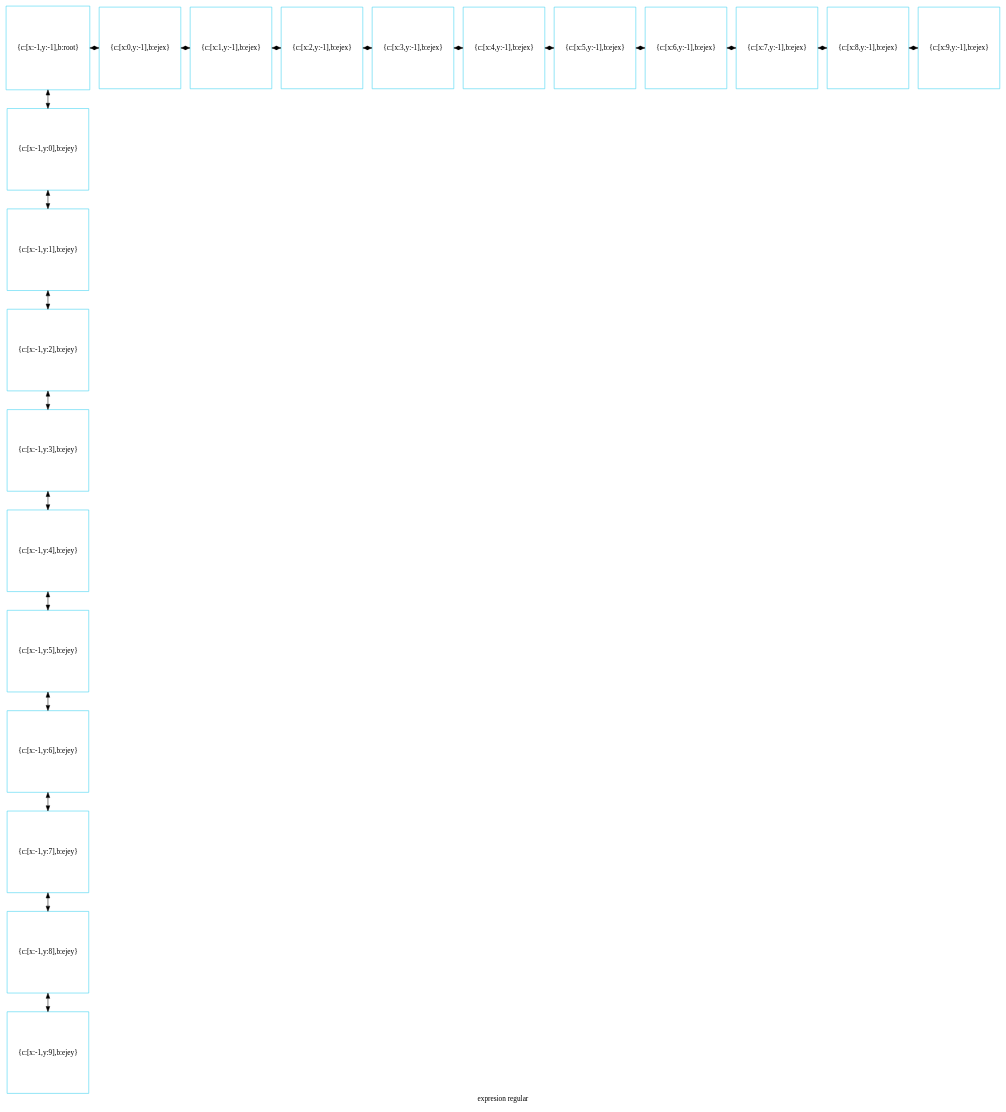
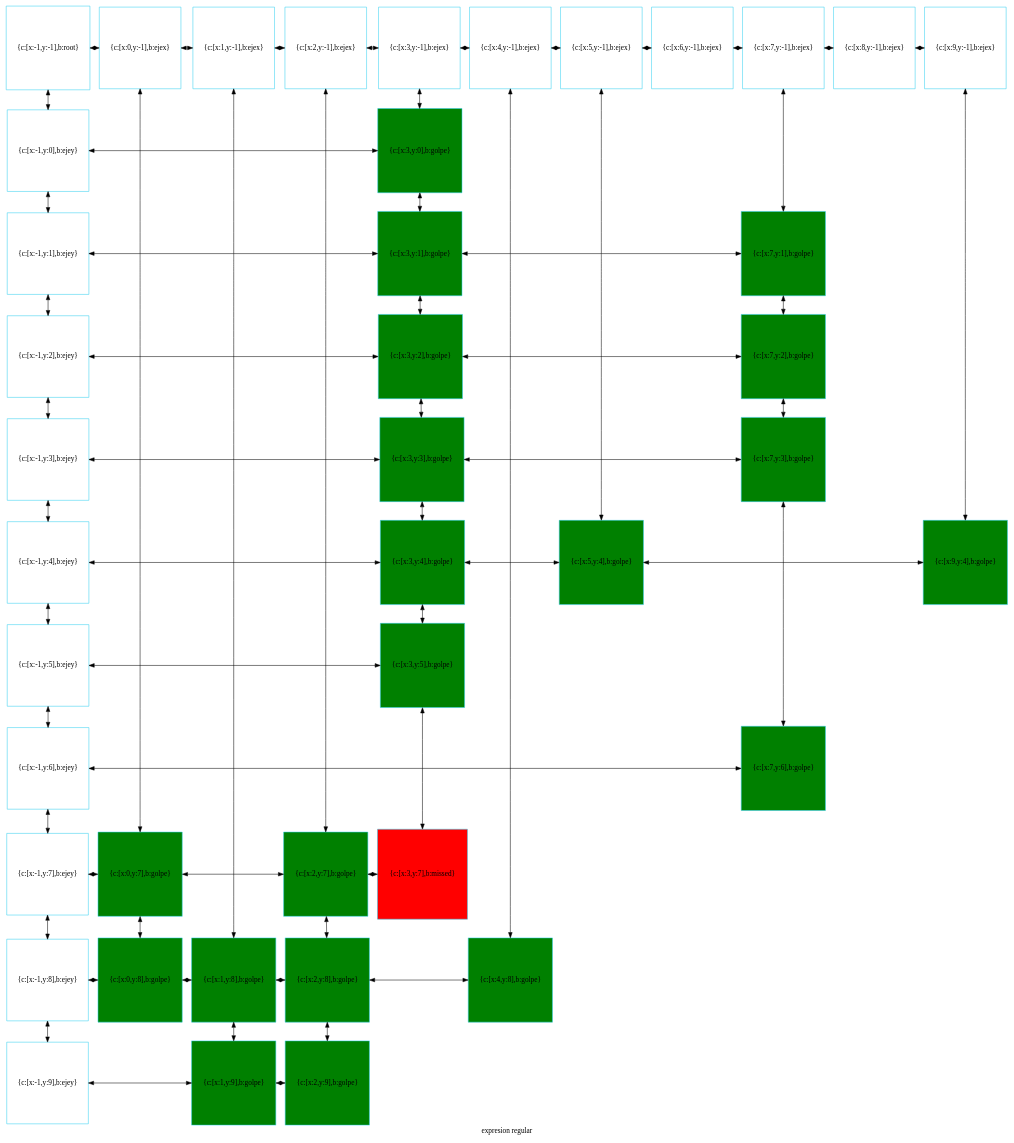
Before and after one commit to betebetoven/EDDS2F2: the diagram in disp_jug.dot, drawn with Graphviz. The commit also changed 18 other files, not shown here.

```diff
--- a/disp_jug.dot
+++ b/disp_jug.dot
@@ -1,61 +1,124 @@
 digraph G
 {label="expresion regular"
         node[shape = square]
         node[style = filled]
         node[fillcolor = "#EEEEE"]
         node[color = "#EEEEE"]
         node[color = "#31CEF0"]
 
-2390343070480[label="{c:[x:-1,y:-1],b:root}",fillcolor = "white"]
-2390412510832[label="{c:[x:0,y:-1],b:ejex}",fillcolor = "white"]
-2390412510976[label="{c:[x:1,y:-1],b:ejex}",fillcolor = "white"]
-2390412511120[label="{c:[x:2,y:-1],b:ejex}",fillcolor = "white"]
-2390412511264[label="{c:[x:3,y:-1],b:ejex}",fillcolor = "white"]
-2390412511408[label="{c:[x:4,y:-1],b:ejex}",fillcolor = "white"]
-2390412511552[label="{c:[x:5,y:-1],b:ejex}",fillcolor = "white"]
-2390412511696[label="{c:[x:6,y:-1],b:ejex}",fillcolor = "white"]
-2390412511840[label="{c:[x:7,y:-1],b:ejex}",fillcolor = "white"]
-2390412511984[label="{c:[x:8,y:-1],b:ejex}",fillcolor = "white"]
-2390412512128[label="{c:[x:9,y:-1],b:ejex}",fillcolor = "white"]
-2390412512272[label="{c:[x:-1,y:0],b:ejey}",fillcolor = "white"]
-2390412512416[label="{c:[x:-1,y:1],b:ejey}",fillcolor = "white"]
-2390412512560[label="{c:[x:-1,y:2],b:ejey}",fillcolor = "white"]
-2390412512704[label="{c:[x:-1,y:3],b:ejey}",fillcolor = "white"]
-2390412512848[label="{c:[x:-1,y:4],b:ejey}",fillcolor = "white"]
-2390412512992[label="{c:[x:-1,y:5],b:ejey}",fillcolor = "white"]
-2390412513136[label="{c:[x:-1,y:6],b:ejey}",fillcolor = "white"]
-2390412513280[label="{c:[x:-1,y:7],b:ejey}",fillcolor = "white"]
-2390412513424[label="{c:[x:-1,y:8],b:ejey}",fillcolor = "white"]
-2390412513568[label="{c:[x:-1,y:9],b:ejey}",fillcolor = "white"]
-2390343070480->2390412512272[dir = both];
-2390412512272->2390412512416[dir = both];
-2390412512416->2390412512560[dir = both];
-2390412512560->2390412512704[dir = both];
-2390412512704->2390412512848[dir = both];
-2390412512848->2390412512992[dir = both];
-2390412512992->2390412513136[dir = both];
-2390412513136->2390412513280[dir = both];
-2390412513280->2390412513424[dir = both];
-2390412513424->2390412513568[dir = both];
-2390343070480->2390412510832[dir = both];
-2390412510832->2390412510976[dir = both];
-2390412510976->2390412511120[dir = both];
-2390412511120->2390412511264[dir = both];
-2390412511264->2390412511408[dir = both];
-2390412511408->2390412511552[dir = both];
-2390412511552->2390412511696[dir = both];
-2390412511696->2390412511840[dir = both];
-2390412511840->2390412511984[dir = both];
-2390412511984->2390412512128[dir = both];
- {rank=same; 2390343070480;2390412510832;2390412510976;2390412511120;2390412511264;2390412511408;2390412511552;2390412511696;2390412511840;2390412511984;2390412512128;}
- {rank=same; 2390412512272;}
- {rank=same; 2390412512416;}
- {rank=same; 2390412512560;}
- {rank=same; 2390412512704;}
- {rank=same; 2390412512848;}
- {rank=same; 2390412512992;}
- {rank=same; 2390412513136;}
- {rank=same; 2390412513280;}
- {rank=same; 2390412513424;}
- {rank=same; 2390412513568;}
+2289124690240[label="{c:[x:-1,y:-1],b:root}",fillcolor = "white"]
+2289124690384[label="{c:[x:0,y:-1],b:ejex}",fillcolor = "white"]
+2289124690528[label="{c:[x:1,y:-1],b:ejex}",fillcolor = "white"]
+2289124690672[label="{c:[x:2,y:-1],b:ejex}",fillcolor = "white"]
+2289124690816[label="{c:[x:3,y:-1],b:ejex}",fillcolor = "white"]
+2289124690960[label="{c:[x:4,y:-1],b:ejex}",fillcolor = "white"]
+2289124691104[label="{c:[x:5,y:-1],b:ejex}",fillcolor = "white"]
+2289124691248[label="{c:[x:6,y:-1],b:ejex}",fillcolor = "white"]
+2289124691392[label="{c:[x:7,y:-1],b:ejex}",fillcolor = "white"]
+2289124691536[label="{c:[x:8,y:-1],b:ejex}",fillcolor = "white"]
+2289124691680[label="{c:[x:9,y:-1],b:ejex}",fillcolor = "white"]
+2289124691824[label="{c:[x:-1,y:0],b:ejey}",fillcolor = "white"]
+2289063189408[label="{c:[x:3,y:0],b:golpe}",fillcolor = "green"]
+2289124691968[label="{c:[x:-1,y:1],b:ejey}",fillcolor = "white"]
+2289063189744[label="{c:[x:3,y:1],b:golpe}",fillcolor = "green"]
+2289062562784[label="{c:[x:7,y:1],b:golpe}",fillcolor = "green"]
+2289124692112[label="{c:[x:-1,y:2],b:ejey}",fillcolor = "white"]
+2289059129104[label="{c:[x:3,y:2],b:golpe}",fillcolor = "green"]
+2289062563408[label="{c:[x:7,y:2],b:golpe}",fillcolor = "green"]
+2289124692256[label="{c:[x:-1,y:3],b:ejey}",fillcolor = "white"]
+2289042015136[label="{c:[x:3,y:3],b:golpe}",fillcolor = "green"]
+2289062564848[label="{c:[x:7,y:3],b:golpe}",fillcolor = "green"]
+2289124692400[label="{c:[x:-1,y:4],b:ejey}",fillcolor = "white"]
+2289059942928[label="{c:[x:3,y:4],b:golpe}",fillcolor = "green"]
+2289063190752[label="{c:[x:5,y:4],b:golpe}",fillcolor = "green"]
+2289063191568[label="{c:[x:9,y:4],b:golpe}",fillcolor = "green"]
+2289124692544[label="{c:[x:-1,y:5],b:ejey}",fillcolor = "white"]
+2289059539472[label="{c:[x:3,y:5],b:golpe}",fillcolor = "green"]
+2289124692688[label="{c:[x:-1,y:6],b:ejey}",fillcolor = "white"]
+2289063191952[label="{c:[x:7,y:6],b:golpe}",fillcolor = "green"]
+2289124692832[label="{c:[x:-1,y:7],b:ejey}",fillcolor = "white"]
+2289063190080[label="{c:[x:0,y:7],b:golpe}",fillcolor = "green"]
+2289062566816[label="{c:[x:2,y:7],b:golpe}",fillcolor = "green"]
+2289124695088[label="{c:[x:3,y:7],b:missed}",fillcolor = "red"]
+2289124692976[label="{c:[x:-1,y:8],b:ejey}",fillcolor = "white"]
+2289063190416[label="{c:[x:0,y:8],b:golpe}",fillcolor = "green"]
+2289062566096[label="{c:[x:1,y:8],b:golpe}",fillcolor = "green"]
+2289062565856[label="{c:[x:2,y:8],b:golpe}",fillcolor = "green"]
+2289063191088[label="{c:[x:4,y:8],b:golpe}",fillcolor = "green"]
+2289124693120[label="{c:[x:-1,y:9],b:ejey}",fillcolor = "white"]
+2289062565376[label="{c:[x:1,y:9],b:golpe}",fillcolor = "green"]
+2289062563744[label="{c:[x:2,y:9],b:golpe}",fillcolor = "green"]
+2289124690240->2289124691824[dir = both];
+2289124691824->2289124691968[dir = both];
+2289124691968->2289124692112[dir = both];
+2289124692112->2289124692256[dir = both];
+2289124692256->2289124692400[dir = both];
+2289124692400->2289124692544[dir = both];
+2289124692544->2289124692688[dir = both];
+2289124692688->2289124692832[dir = both];
+2289124692832->2289124692976[dir = both];
+2289124692976->2289124693120[dir = both];
+2289124690384->2289063190080[dir = both];
+2289063190080->2289063190416[dir = both];
+2289124690528->2289062566096[dir = both];
+2289062566096->2289062565376[dir = both];
+2289124690672->2289062566816[dir = both];
+2289062566816->2289062565856[dir = both];
+2289062565856->2289062563744[dir = both];
+2289124690816->2289063189408[dir = both];
+2289063189408->2289063189744[dir = both];
+2289063189744->2289059129104[dir = both];
+2289059129104->2289042015136[dir = both];
+2289042015136->2289059942928[dir = both];
+2289059942928->2289059539472[dir = both];
+2289059539472->2289124695088[dir = both];
+2289124690960->2289063191088[dir = both];
+2289124691104->2289063190752[dir = both];
+2289124691392->2289062562784[dir = both];
+2289062562784->2289062563408[dir = both];
+2289062563408->2289062564848[dir = both];
+2289062564848->2289063191952[dir = both];
+2289124691680->2289063191568[dir = both];
+2289124690240->2289124690384[dir = both];
+2289124690384->2289124690528[dir = both];
+2289124690528->2289124690672[dir = both];
+2289124690672->2289124690816[dir = both];
+2289124690816->2289124690960[dir = both];
+2289124690960->2289124691104[dir = both];
+2289124691104->2289124691248[dir = both];
+2289124691248->2289124691392[dir = both];
+2289124691392->2289124691536[dir = both];
+2289124691536->2289124691680[dir = both];
+2289124691824->2289063189408[constraint=false,dir = both];
+2289124691968->2289063189744[constraint=false,dir = both];
+2289063189744->2289062562784[constraint=false,dir = both];
+2289124692112->2289059129104[constraint=false,dir = both];
+2289059129104->2289062563408[constraint=false,dir = both];
+2289124692256->2289042015136[constraint=false,dir = both];
+2289042015136->2289062564848[constraint=false,dir = both];
+2289124692400->2289059942928[constraint=false,dir = both];
+2289059942928->2289063190752[constraint=false,dir = both];
+2289063190752->2289063191568[constraint=false,dir = both];
+2289124692544->2289059539472[constraint=false,dir = both];
+2289124692688->2289063191952[constraint=false,dir = both];
+2289124692832->2289063190080[constraint=false,dir = both];
+2289063190080->2289062566816[constraint=false,dir = both];
+2289062566816->2289124695088[constraint=false,dir = both];
+2289124692976->2289063190416[constraint=false,dir = both];
+2289063190416->2289062566096[constraint=false,dir = both];
+2289062566096->2289062565856[constraint=false,dir = both];
+2289062565856->2289063191088[constraint=false,dir = both];
+2289124693120->2289062565376[constraint=false,dir = both];
+2289062565376->2289062563744[constraint=false,dir = both];
+ {rank=same; 2289124690240;2289124690384;2289124690528;2289124690672;2289124690816;2289124690960;2289124691104;2289124691248;2289124691392;2289124691536;2289124691680;}
+ {rank=same; 2289124691824;2289063189408;}
+ {rank=same; 2289124691968;2289063189744;2289062562784;}
+ {rank=same; 2289124692112;2289059129104;2289062563408;}
+ {rank=same; 2289124692256;2289042015136;2289062564848;}
+ {rank=same; 2289124692400;2289059942928;2289063190752;2289063191568;}
+ {rank=same; 2289124692544;2289059539472;}
+ {rank=same; 2289124692688;2289063191952;}
+ {rank=same; 2289124692832;2289063190080;2289062566816;2289124695088;}
+ {rank=same; 2289124692976;2289063190416;2289062566096;2289062565856;2289063191088;}
+ {rank=same; 2289124693120;2289062565376;2289062563744;}
 }
```
